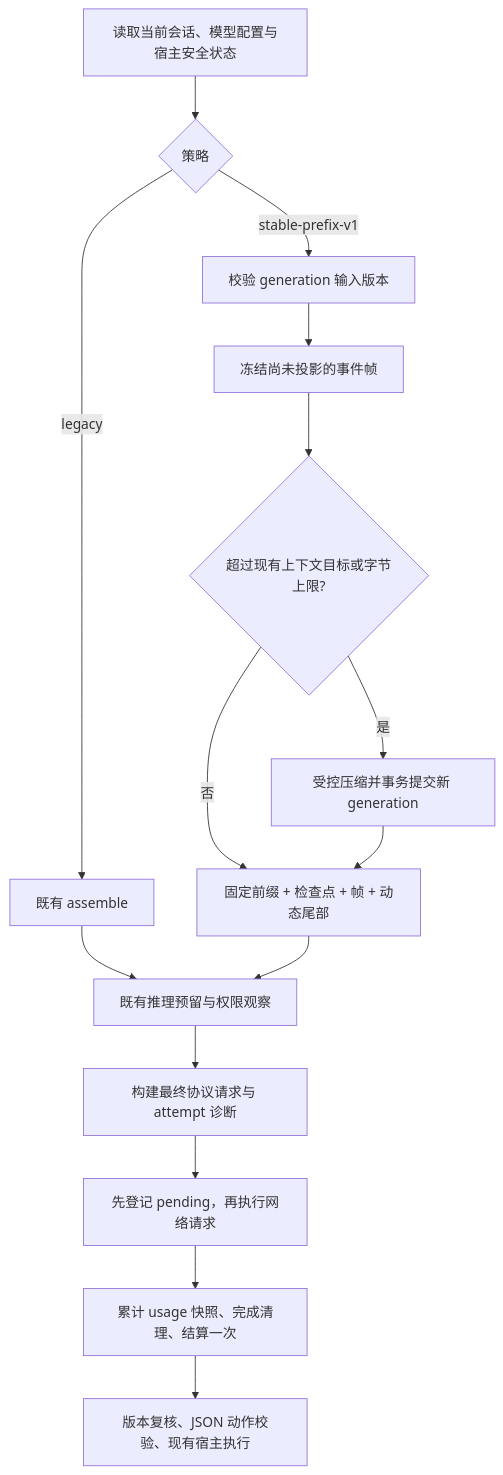
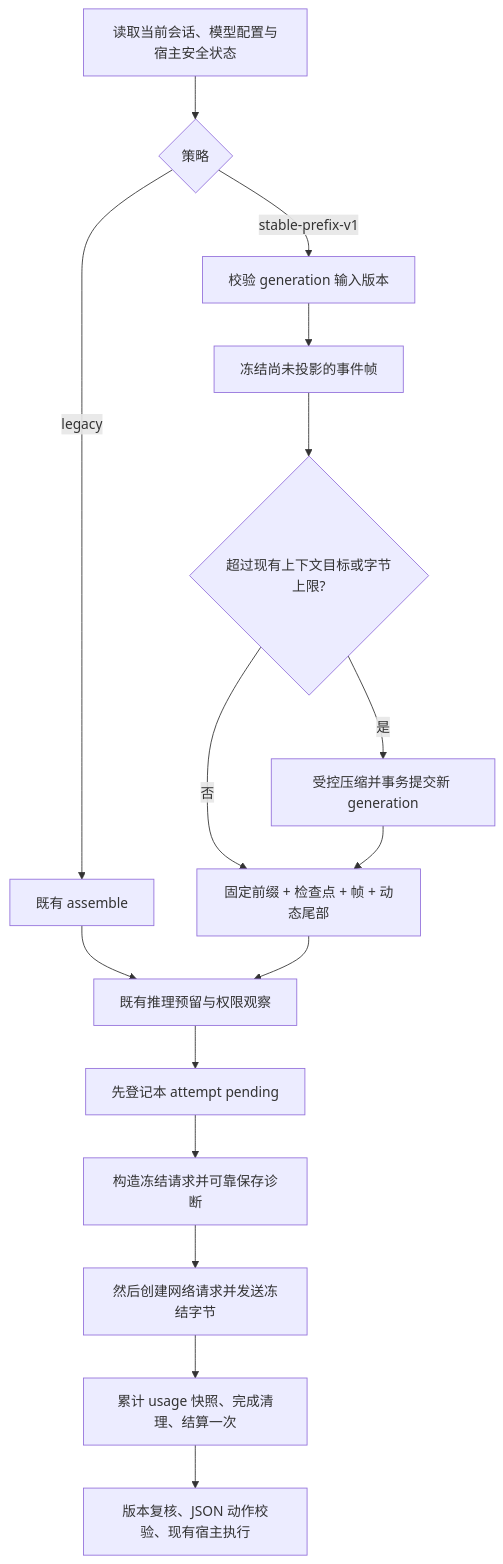
Before and after one commit to Makimasdog/ApiX-Control-Center: the diagram in docs/设计/2026-10-27-Token成本与前缀缓存优化方案.md, drawn with Mermaid. The commit also changed other lines of this file and 4 other files, not shown here.

````diff
--- a/docs/设计/2026-10-27-Token成本与前缀缓存优化方案.md
+++ b/docs/设计/2026-10-27-Token成本与前缀缓存优化方案.md
@@ -103,17 +115,18 @@
 ```mermaid
 flowchart TD
   A[读取当前会话、模型配置与宿主安全状态] --> B{策略}
   B -->|legacy| C[既有 assemble]
   B -->|stable-prefix-v1| D[校验 generation 输入版本]
   D --> E[冻结尚未投影的事件帧]
   E --> F{超过现有上下文目标或字节上限?}
   F -->|否| G[固定前缀 + 检查点 + 帧 + 动态尾部]
   F -->|是| H[受控压缩并事务提交新 generation]
   H --> G
   C --> I[既有推理预留与权限观察]
   G --> I
-  I --> J[构建最终协议请求与 attempt 诊断]
-  J --> K[先登记 pending，再执行网络请求]
-  K --> L[累计 usage 快照、完成清理、结算一次]
+  I --> J[先登记本 attempt pending]
+  J --> K[构造冻结请求并可靠保存诊断]
+  K --> N[然后创建网络请求并发送冻结字节]
+  N --> L[累计 usage 快照、完成清理、结算一次]
   L --> M[版本复核、JSON 动作校验、现有宿主执行]
 ```
````
